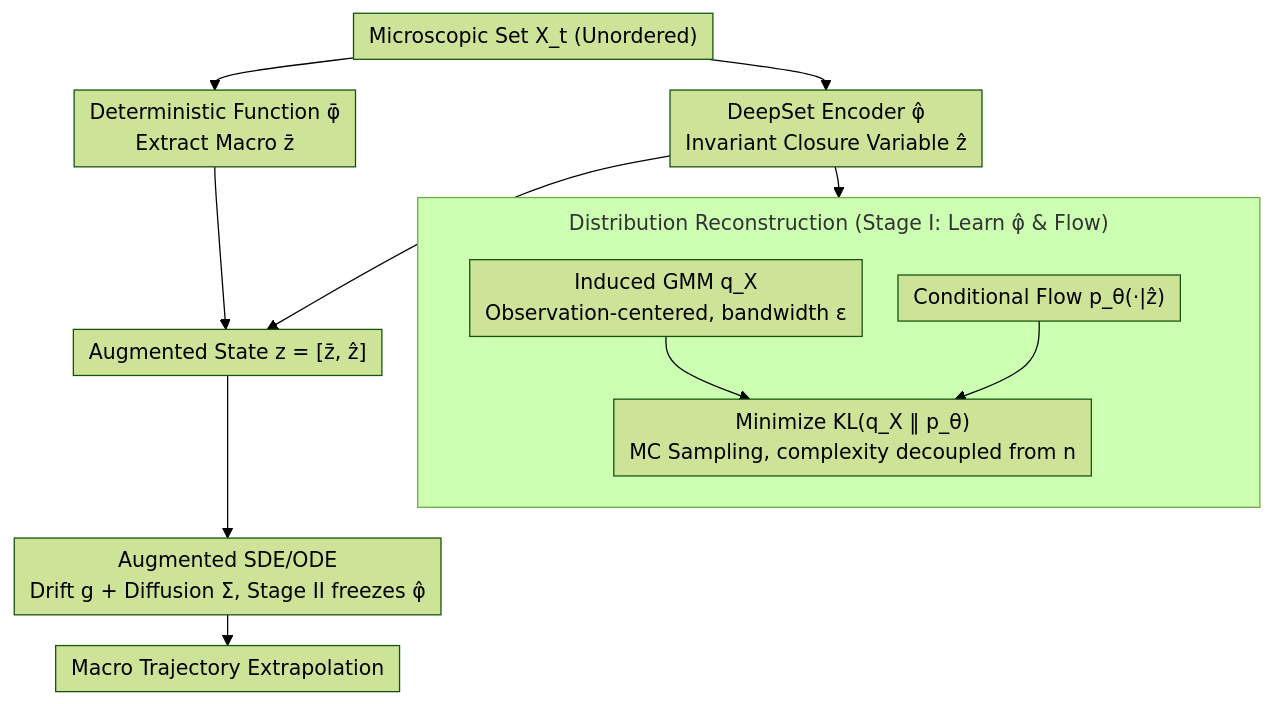
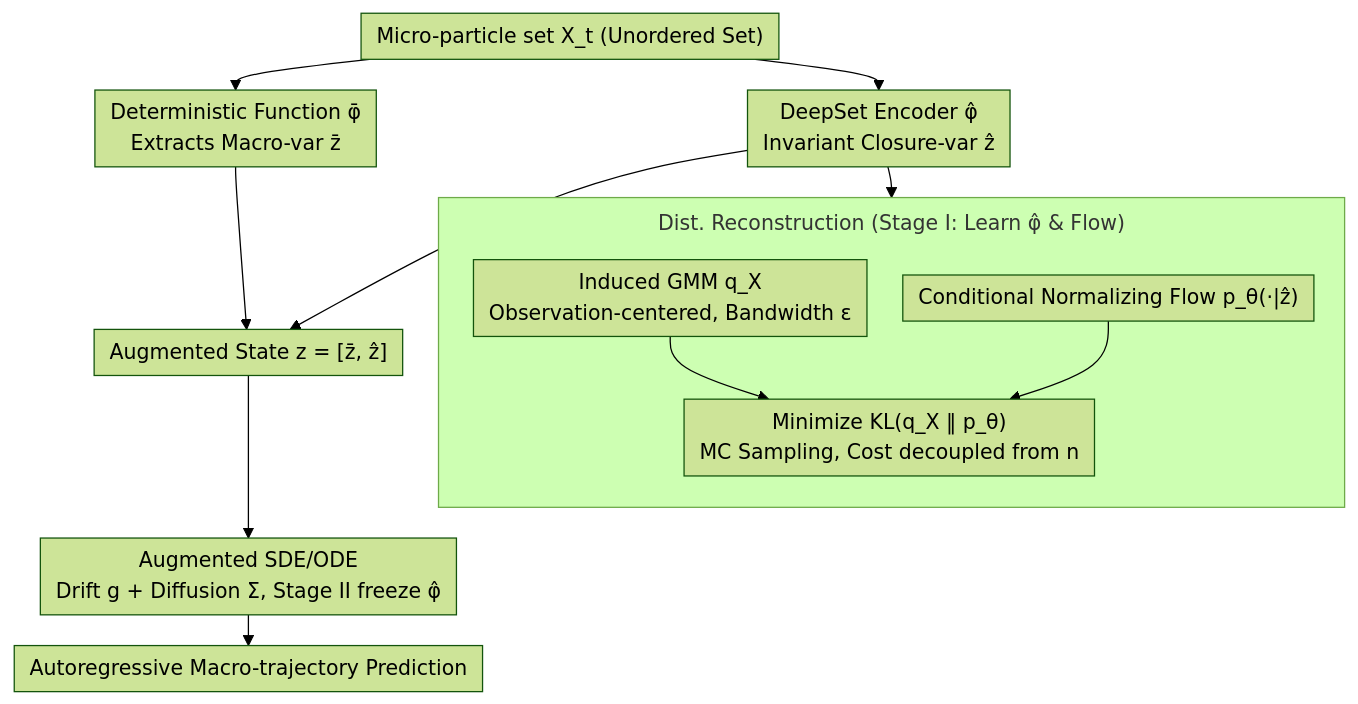
The diagram in docs/ICML2026/others/learning_permutation-invariant_macroscopic_dynamics.md (zhaoyang97/Paper-Notes-en), drawn with Mermaid (forest theme) before and after one commit. The commit also changed other lines of this file and 5084 other files, not shown here.

````diff
--- a/docs/ICML2026/others/learning_permutation-invariant_macroscopic_dynamics.md
+++ b/docs/ICML2026/others/learning_permutation-invariant_macroscopic_dynamics.md
@@ -42,17 +42,17 @@
 ```mermaid
 %%{init: {'flowchart': {'rankSpacing': 24, 'nodeSpacing': 28, 'padding': 6, 'wrappingWidth': 400, 'subGraphTitleMargin': {'top': 8, 'bottom': 16}}}}%%
 flowchart TD
-    X["Microscopic Set X_t (Unordered)"]
-    X --> BAR["Deterministic Function φ̄<br/>Extract Macro z̄"]
-    X --> ENC["DeepSet Encoder φ̂<br/>Invariant Closure Variable ẑ"]
+    X["Micro-particle set X_t (Unordered Set)"]
+    X --> BAR["Deterministic Function φ̄<br/>Extracts Macro-var z̄"]
+    X --> ENC["DeepSet Encoder φ̂<br/>Invariant Closure-var ẑ"]
     ENC --> REC
-    subgraph REC["Distribution Reconstruction (Stage I: Learn φ̂ & Flow)"]
+    subgraph REC["Dist. Reconstruction (Stage I: Learn φ̂ & Flow)"]
         direction TB
-        Q["Induced GMM q_X<br/>Observation-centered, bandwidth ε"] --> KL["Minimize KL(q_X ‖ p_θ)<br/>MC Sampling, complexity decoupled from n"]
-        FL["Conditional Flow p_θ(·|ẑ)"] --> KL
+        Q["Induced GMM q_X<br/>Observation-centered, Bandwidth ε"] --> KL["Minimize KL(q_X ‖ p_θ)<br/>MC Sampling, Cost decoupled from n"]
+        FL["Conditional Normalizing Flow p_θ(·|ẑ)"] --> KL
     end
     BAR --> Z["Augmented State z = [z̄, ẑ]"]
     ENC --> Z
-    Z --> DYN["Augmented SDE/ODE<br/>Drift g + Diffusion Σ, Stage II freezes φ̂"]
-    DYN --> OUT["Macro Trajectory Extrapolation"]
+    Z --> DYN["Augmented SDE/ODE<br/>Drift g + Diffusion Σ, Stage II freeze φ̂"]
+    DYN --> OUT["Autoregressive Macro-trajectory Prediction"]
 ```
````
